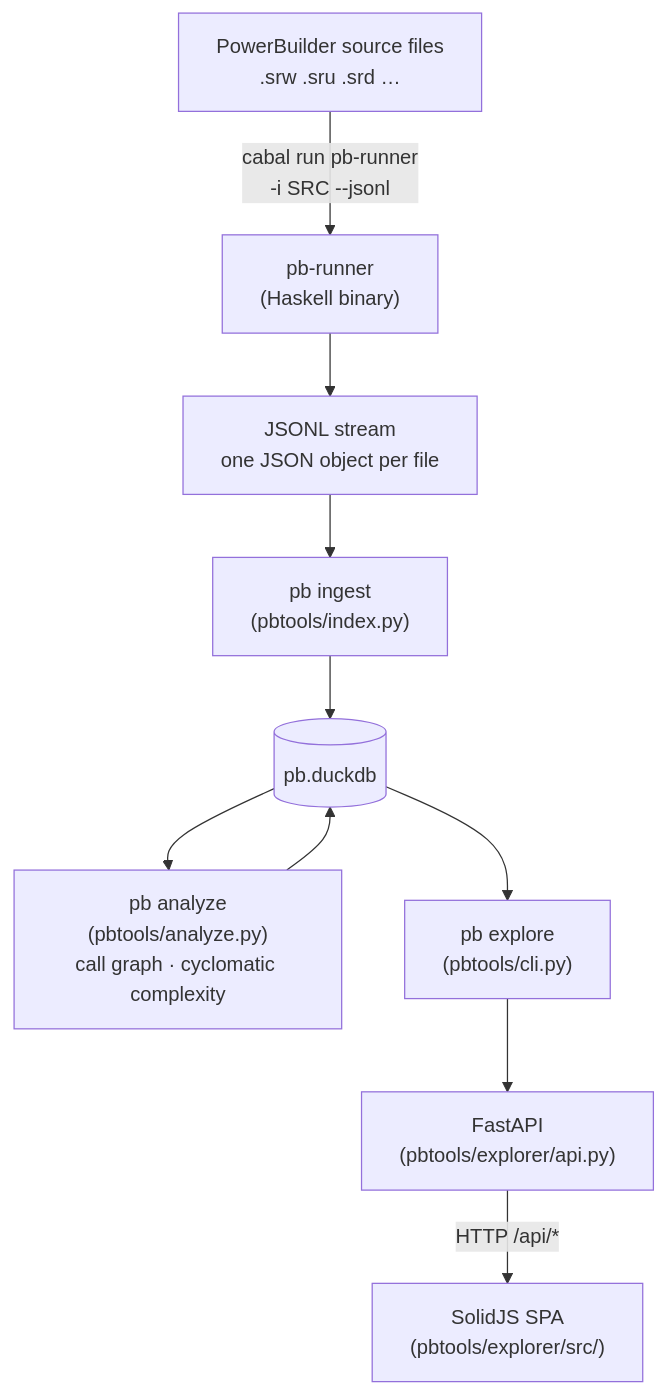
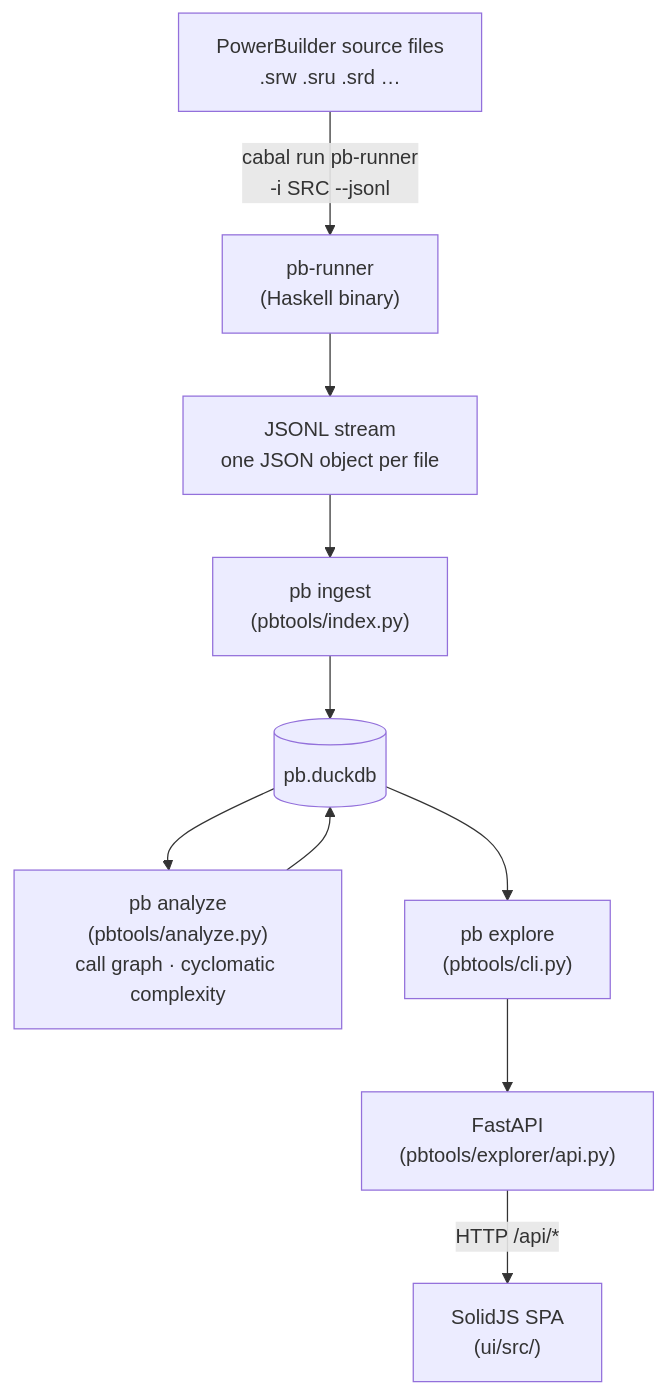
Before and after one commit to thomasmarsh/pb: the first of 2 diagrams in ARCHITECTURE.md, drawn with Mermaid. The commit also changed other lines of this file and 29 other files, not shown here.

````diff
--- a/ARCHITECTURE.md
+++ b/ARCHITECTURE.md
@@ -62,22 +60,22 @@
 ```mermaid
 flowchart TD
     SRC["PowerBuilder source files\n.srw .sru .srd …"]
     RUNNER["pb-runner\n(Haskell binary)"]
     JSONL["JSONL stream\none JSON object per file"]
     INGEST["pb ingest\n(pbtools/index.py)"]
     DB[("pb.duckdb")]
     ANALYZE["pb analyze\n(pbtools/analyze.py)\ncall graph · cyclomatic complexity"]
     EXPLORE["pb explore\n(pbtools/cli.py)"]
     API["FastAPI\n(pbtools/explorer/api.py)"]
-    SPA["SolidJS SPA\n(pbtools/explorer/src/)"]
+    SPA["SolidJS SPA\n(ui/src/)"]
 
     SRC -->|"cabal run pb-runner\n-i SRC --jsonl"| RUNNER
     RUNNER --> JSONL
     JSONL --> INGEST
     INGEST --> DB
     DB --> ANALYZE
     ANALYZE --> DB
     DB --> EXPLORE
     EXPLORE --> API
     API -->|"HTTP /api/*"| SPA
 ```
````
